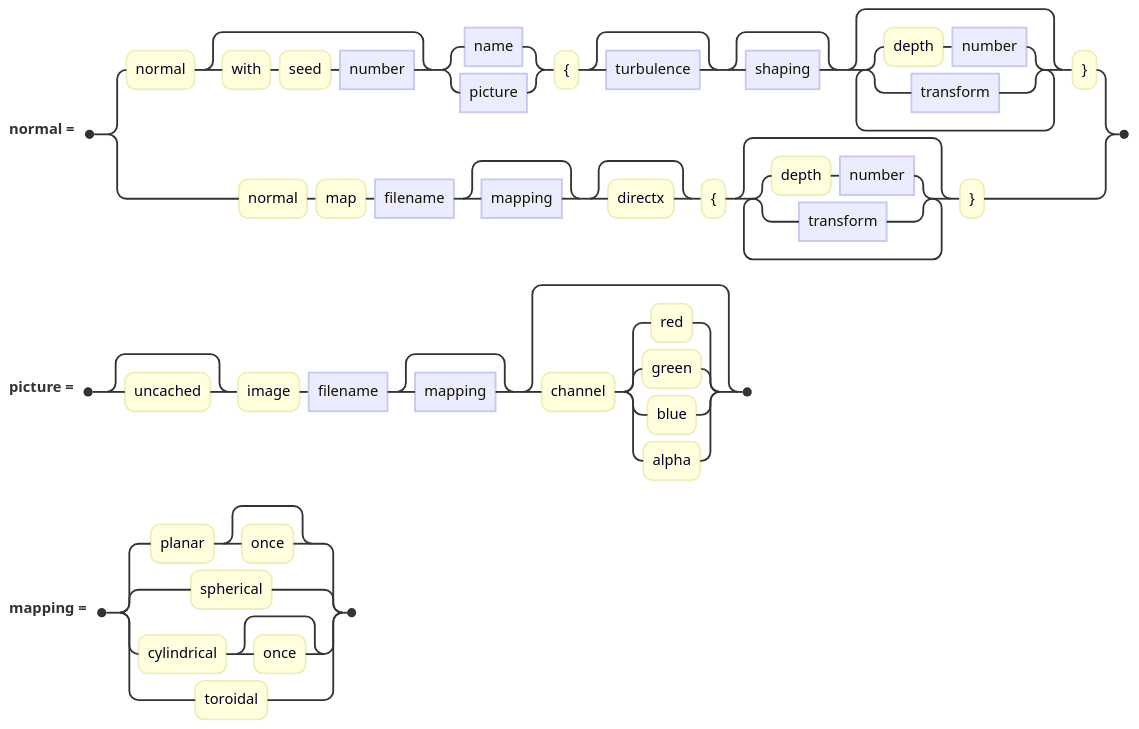
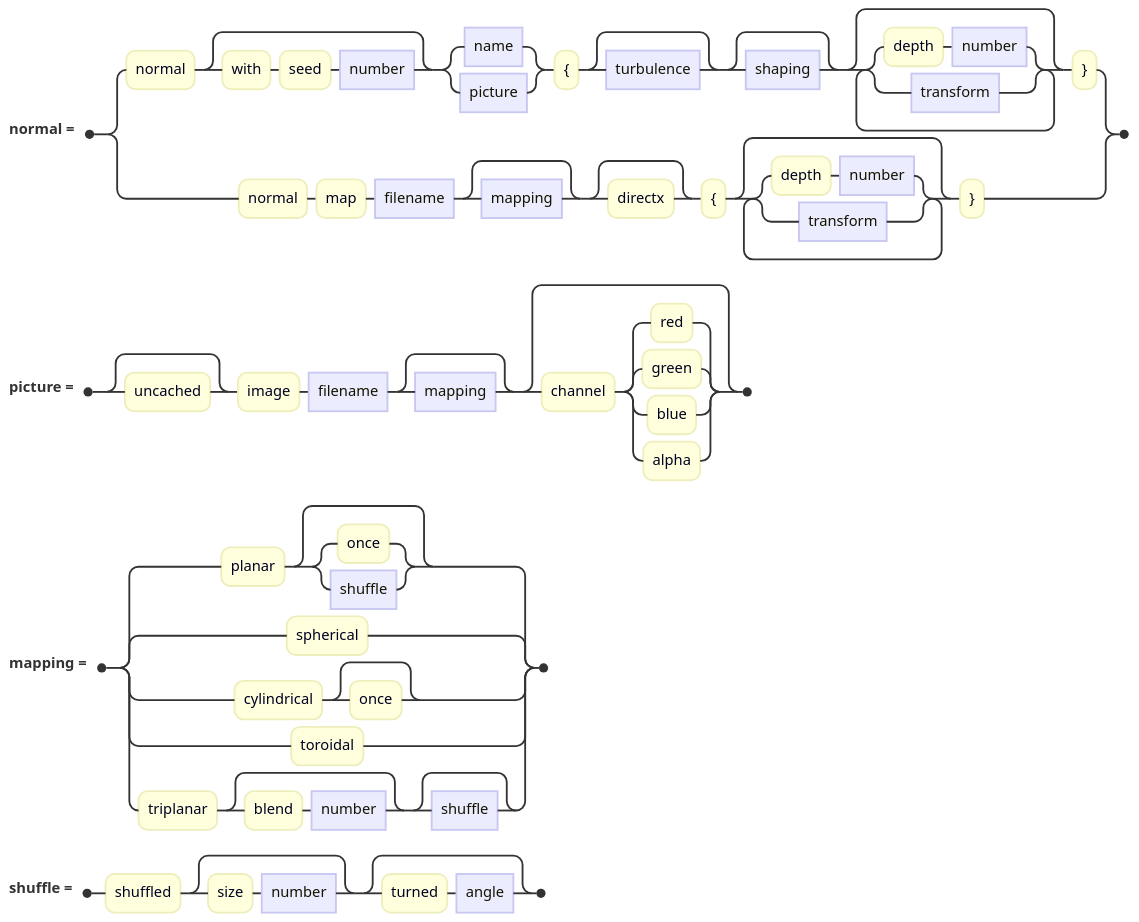
Before and after one commit to jskress/RayTracer: the diagram in docs/diagrams/materials/normalClause.mmd, drawn with Mermaid. The commit also changed 56 other files, not shown here.

```diff
--- a/docs/diagrams/materials/normalClause.mmd
+++ b/docs/diagrams/materials/normalClause.mmd
@@ -1,10 +1,13 @@
 railroad-ebnf-beta
 title "Roughening a surface"
 
 normal = "normal" [ "with" "seed" number ] ( name | picture ) "{" [ turbulence ] [ shaping ]
          { "depth" number | transform } "}"
        | "normal" "map" filename [ mapping ] [ "directx" ] "{" { "depth" number | transform } "}" ;
 
 picture = [ "uncached" ] "image" filename [ mapping ] [ "channel" ( "red" | "green" | "blue" | "alpha" ) ] ;
 
-mapping = "planar" [ "once" ] | "spherical" | "cylindrical" [ "once" ] | "toroidal" ;
+mapping = "planar" [ "once" | shuffle ] | "spherical" | "cylindrical" [ "once" ] | "toroidal"
+        | "triplanar" [ "blend" number ] [ shuffle ] ;
+
+shuffle = "shuffled" [ "size" number ] [ "turned" angle ] ;
```
